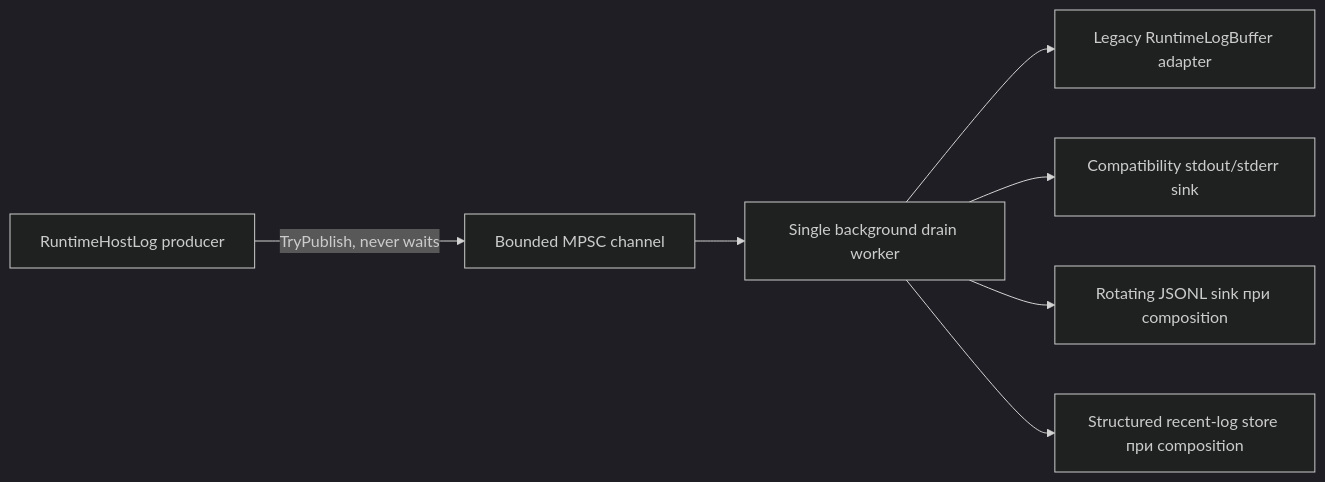
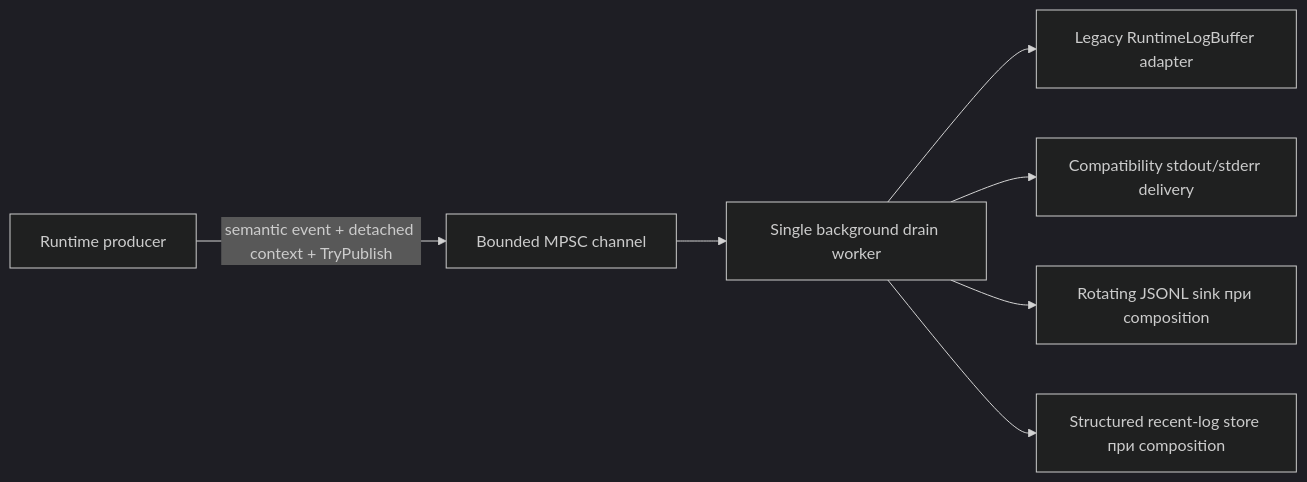
The diagram in docs/ru/observability-logging.md (VegaKernel/TerraRuntime), drawn with Mermaid (dark theme) before and after one commit. The commit also changed other lines of this file and 8 other files, not shown here.

First line of the commit message:
Observability: complete live-host semantic logging adoption

````diff
--- a/docs/ru/observability-logging.md
+++ b/docs/ru/observability-logging.md
@@ -9,9 +9,9 @@
 ```mermaid
 graph LR
-    P[RuntimeHostLog producer] -->|TryPublish, never waits| Q[Bounded MPSC channel]
+    P[Runtime producer] -->|semantic event + detached context + TryPublish| Q[Bounded MPSC channel]
     Q --> W[Single background drain worker]
     W --> O[Legacy RuntimeLogBuffer adapter]
-    W --> C[Compatibility stdout/stderr sink]
+    W --> C[Compatibility stdout/stderr delivery]
     W --> J[Rotating JSONL sink при composition]
     W --> R[Structured recent-log store при composition]
 ```
````
